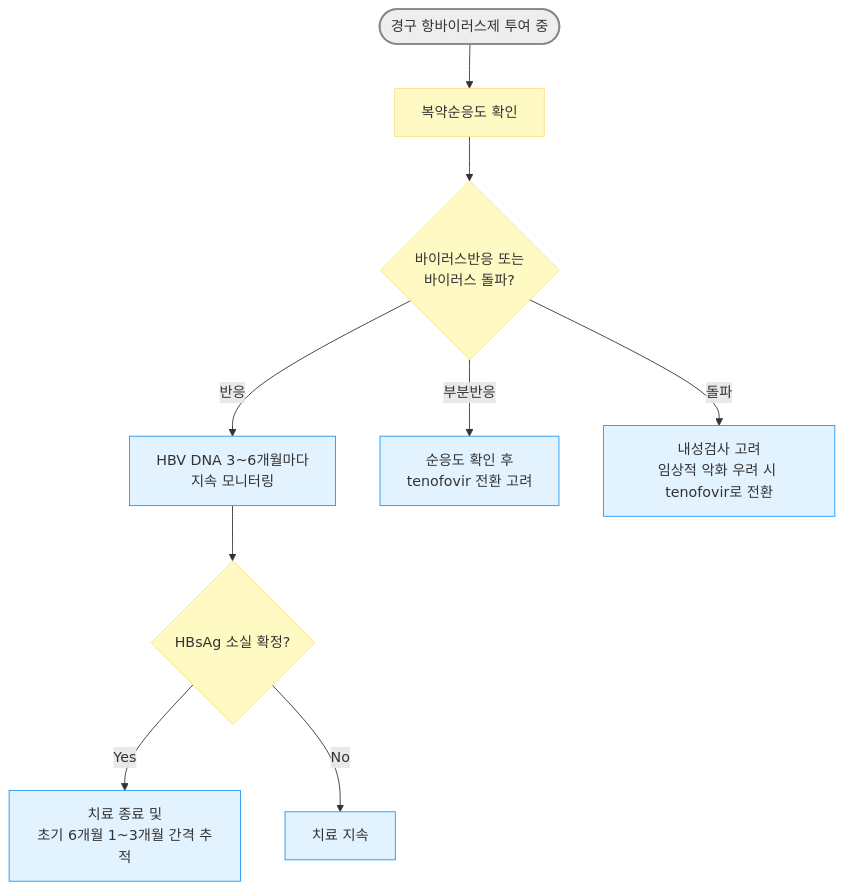
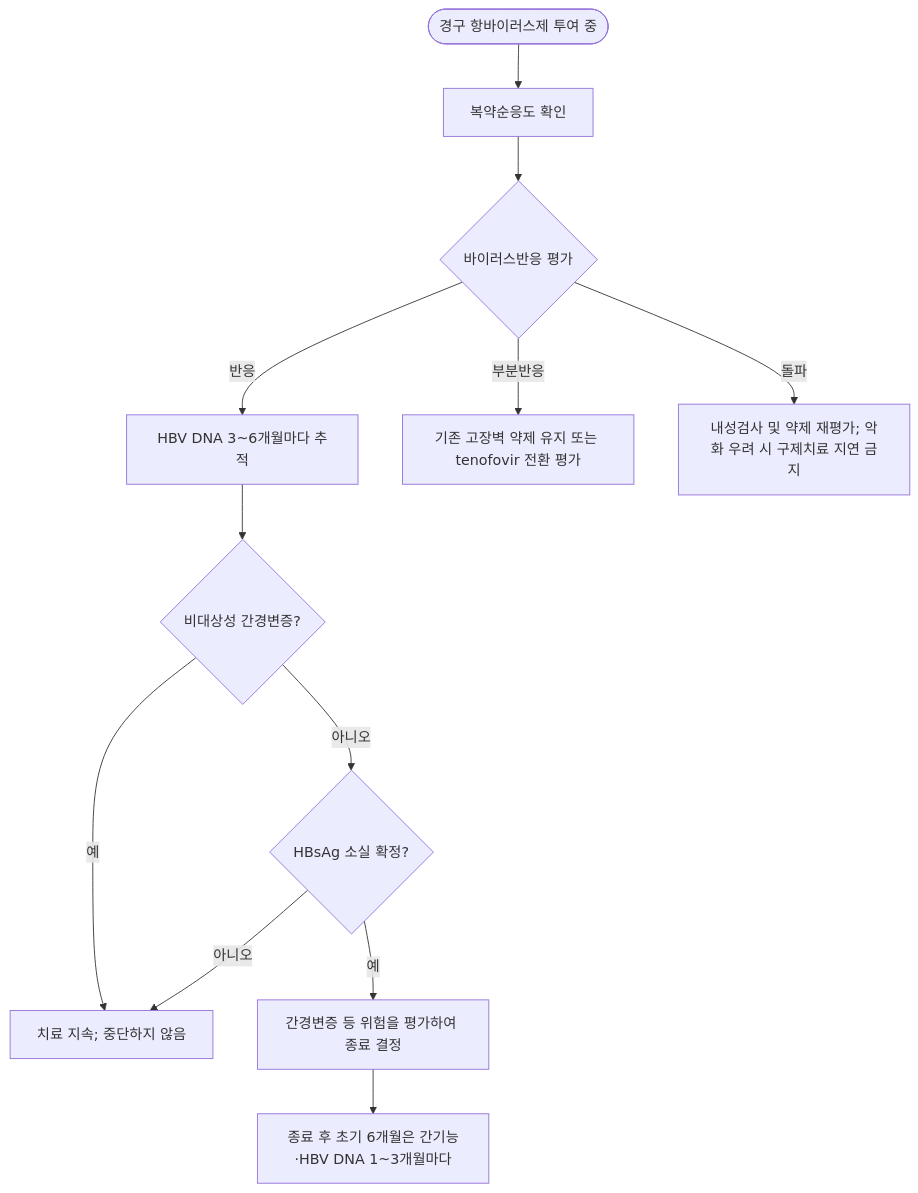
Before and after one commit to familyoh77/familyoh77: the third of 4 diagrams in 224_/091_hbv-infection.md, drawn with Mermaid. The commit also changed other lines of this file and 1 other file, not shown here.

````diff
--- a/224_/091_hbv-infection.md
+++ b/224_/091_hbv-infection.md
@@ -326,17 +315,14 @@
 ```mermaid
 flowchart TD
-    A([경구 항바이러스제 투여 중]) --> B[복약순응도 확인]
-    B --> C{바이러스반응 또는<br/>바이러스 돌파?}
-    C -- 반응 --> D[HBV DNA 3~6개월마다<br/>지속 모니터링]
-    C -- 부분반응 --> E[순응도 확인 후<br/>tenofovir 전환 고려]
-    C -- 돌파 --> F[내성검사 고려<br/>임상적 악화 우려 시 tenofovir로 전환]
-    D --> G{HBsAg 소실 확정?}
-    G -- Yes --> H[치료 종료 및<br/>초기 6개월 1~3개월 간격 추적]
-    G -- No --> I[치료 지속]
-
-style A fill:#eeeeee,stroke:#888888,stroke-width:2px
-classDef yellow fill:#fff9c4,stroke:#ffe082
-class B,C,G yellow
-classDef sky fill:#e3f2ff,stroke:#2196f3
-class D,E,F,H,I sky
+    A(["경구 항바이러스제 투여 중"]) --> B["복약순응도 확인"]
+    B --> C{"바이러스반응 평가"}
+    C -- 반응 --> D["HBV DNA 3~6개월마다 추적"]
+    C -- 부분반응 --> E["기존 고장벽 약제 유지 또는 tenofovir 전환 평가"]
+    C -- 돌파 --> F["내성검사 및 약제 재평가; 악화 우려 시 구제치료 지연 금지"]
+    D --> G{"비대상성 간경변증?"}
+    G -- 예 --> I["치료 지속; 중단하지 않음"]
+    G -- 아니오 --> H{"HBsAg 소실 확정?"}
+    H -- 아니오 --> I
+    H -- 예 --> J["간경변증 등 위험을 평가하여 종료 결정"]
+    J --> K["종료 후 초기 6개월은 간기능·HBV DNA 1~3개월마다"]
 ```
````
